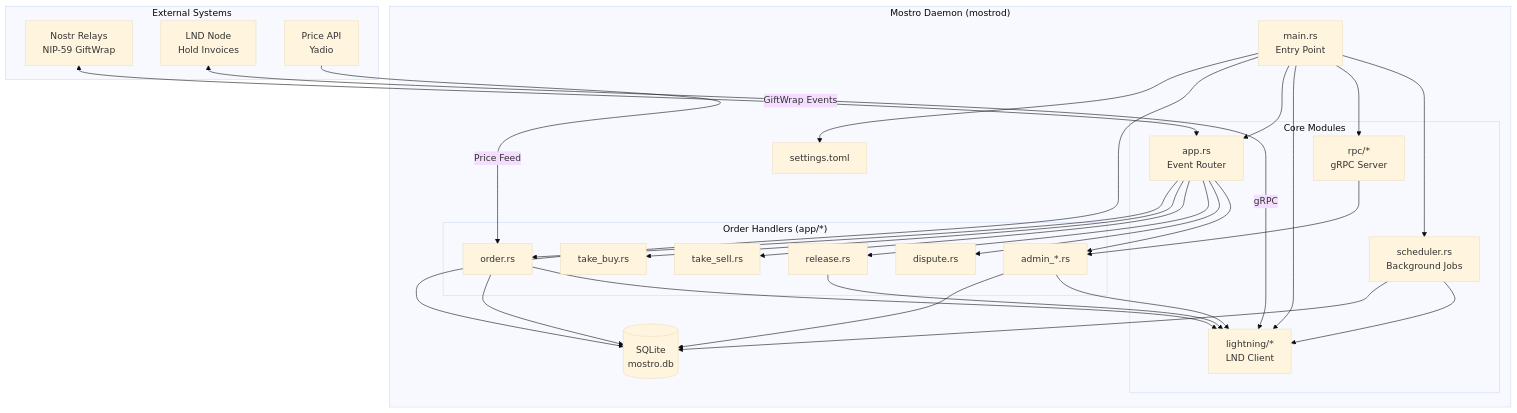
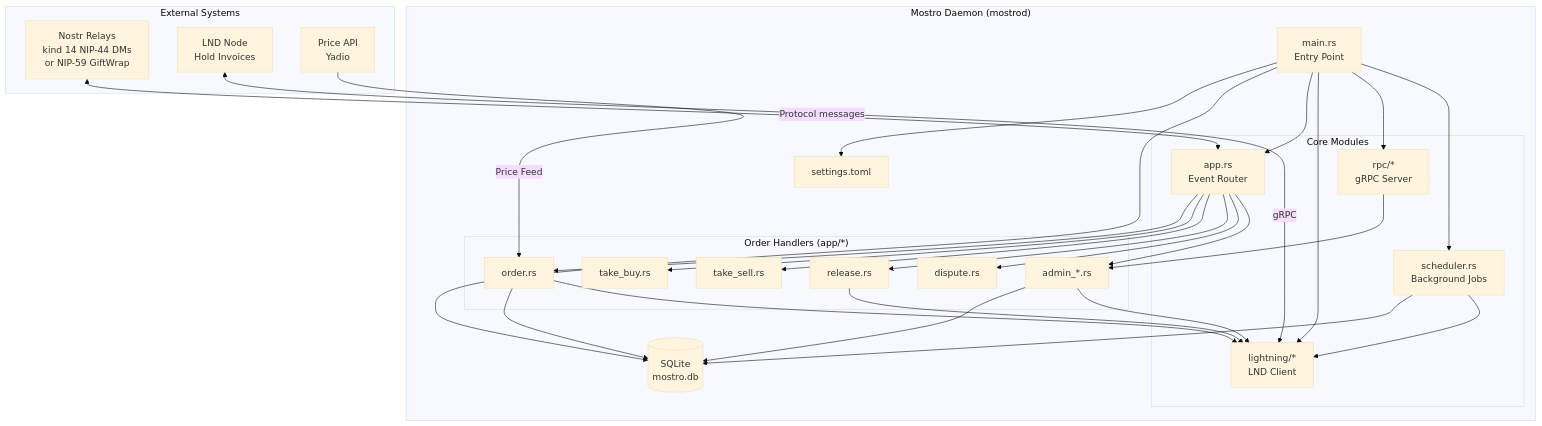
One commit to MostroP2P/mostro changed the fourth of 4 diagrams in README.md. Above: the diagram before and after it, drawn with Mermaid (base theme). The commit also changed other lines of this file, not shown here.

First line of the commit message:
docs: describe protocol v2 (nip44) as the default transport in README

````diff
--- a/README.md
+++ b/README.md
@@ -305,60 +317,60 @@
 ```mermaid
 flowchart TB
     subgraph "External Systems"
-        Nostr[Nostr Relays<br/>NIP-59 GiftWrap]
+        Nostr[Nostr Relays<br/>kind 14 NIP-44 DMs<br/>or NIP-59 GiftWrap]
         LND[LND Node<br/>Hold Invoices]
         API[Price API<br/>Yadio]
     end
 
     subgraph "Mostro Daemon (mostrod)"
         Main[main.rs<br/>Entry Point]
 
         subgraph "Core Modules"
             App[app.rs<br/>Event Router]
             Lightning[lightning/*<br/>LND Client]
             RPC[rpc/*<br/>gRPC Server]
             Scheduler[scheduler.rs<br/>Background Jobs]
         end
 
         subgraph "Order Handlers (app/*)"
             Order[order.rs]
             TakeBuy[take_buy.rs]
             TakeSell[take_sell.rs]
             Release[release.rs]
             Dispute[dispute.rs]
             Admin[admin_*.rs]
         end
 
         DB[(SQLite<br/>mostro.db)]
         Config[settings.toml]
     end
 
-    Nostr <-->|GiftWrap Events| App
+    Nostr <-->|Protocol messages| App
     LND <-->|gRPC| Lightning
     API -->|Price Feed| Order
 
     Main --> Config
     Main --> DB
     Main --> App
     Main --> Lightning
     Main --> RPC
     Main --> Scheduler
 
     App --> Order
     App --> TakeBuy
     App --> TakeSell
     App --> Release
     App --> Dispute
     App --> Admin
 
     Order --> DB
     Order --> Lightning
     Release --> Lightning
     Admin --> DB
     Admin --> Lightning
 
     Scheduler --> DB
     Scheduler --> Lightning
 
     RPC --> Admin
 ```
````
